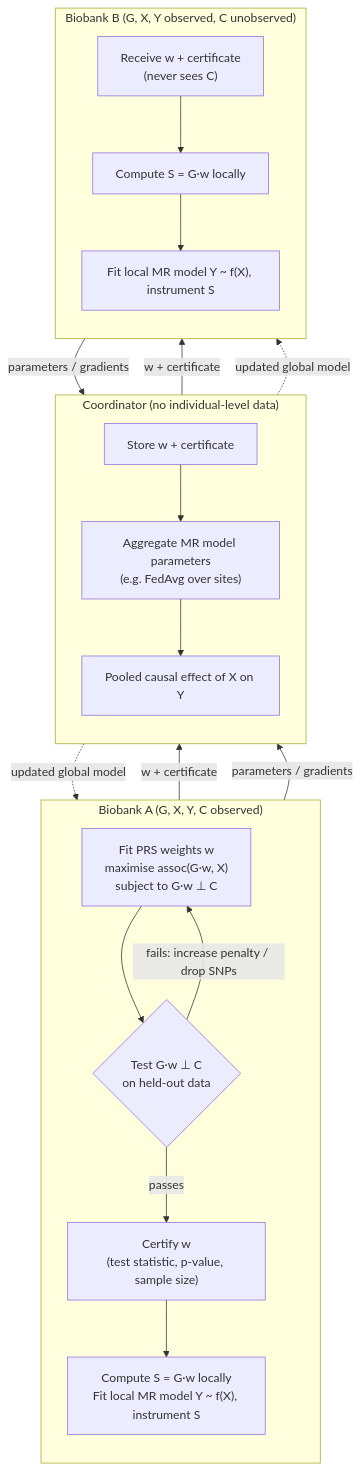
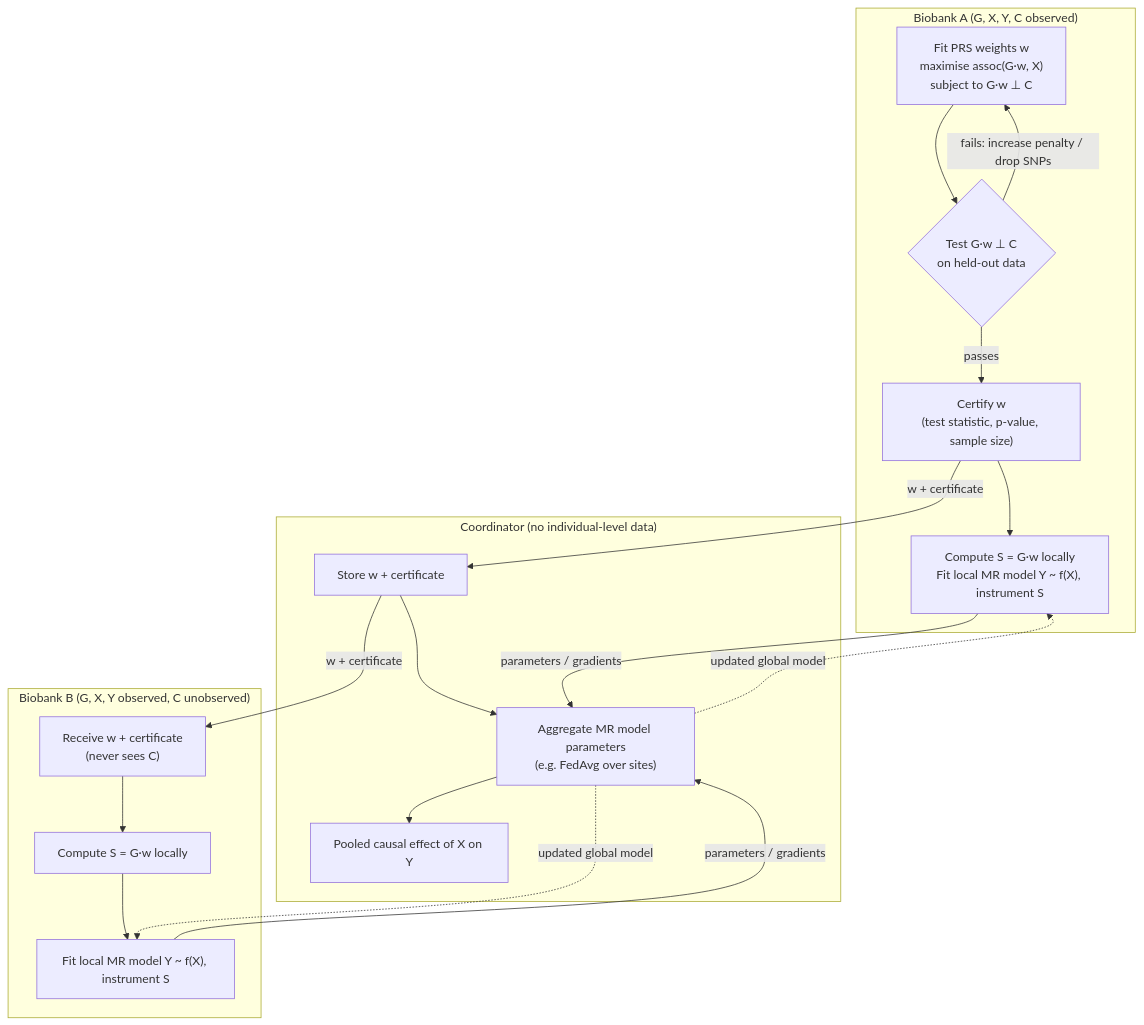
The second of 2 diagrams in summary_of_idea.md (collaborativebioinformatics/FLAMINGO), drawn with Mermaid before and after one commit. The commit also changed other lines of this file, not shown here.

Commit message:
Add figure

````diff
--- a/summary_of_idea.md
+++ b/summary_of_idea.md
@@ -22,37 +36,34 @@
 ```mermaid
 flowchart TB
     subgraph A["Biobank A  (G, X, Y, C observed)"]
-        direction TB
         A1["Fit PRS weights w<br/>maximise assoc(G·w, X)<br/>subject to G·w ⊥ C"]
         A2{"Test G·w ⊥ C<br/>on held-out data"}
         A3["Certify w<br/>(test statistic, p-value, sample size)"]
         A4["Compute S = G·w locally<br/>Fit local MR model Y ~ f(X), instrument S"]
         A1 --> A2
         A2 -- "fails: increase penalty / drop SNPs" --> A1
         A2 -- "passes" --> A3
         A3 --> A4
     end
 
     subgraph S["Coordinator  (no individual-level data)"]
-        direction TB
         S1["Store w + certificate"]
         S2["Aggregate MR model parameters<br/>(e.g. FedAvg over sites)"]
         S3["Pooled causal effect of X on Y"]
         S1 --> S2 --> S3
     end
 
     subgraph B["Biobank B  (G, X, Y observed, C unobserved)"]
-        direction TB
         B1["Receive w + certificate<br/>(never sees C)"]
         B2["Compute S = G·w locally"]
         B3["Fit local MR model Y ~ f(X), instrument S"]
         B1 --> B2 --> B3
     end
 
     A3 -- "w + certificate" --> S1
     S1 -- "w + certificate" --> B1
     A4 -- "parameters / gradients" --> S2
     B3 -- "parameters / gradients" --> S2
     S2 -. "updated global model" .-> A4
     S2 -. "updated global model" .-> B3
 ```
````
